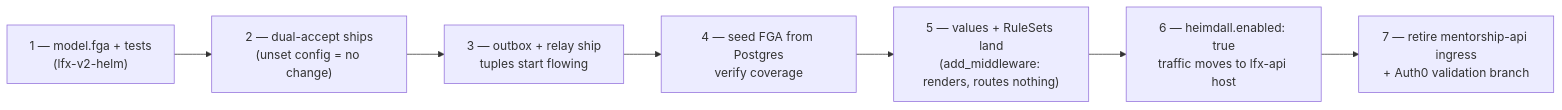
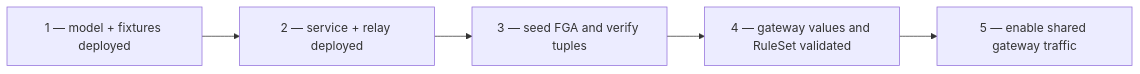
The third of 3 diagrams in docs/rewrite/05-heimdall-gateway.md (linuxfoundation/lfx-mentorship), drawn with Mermaid before and after one commit. The commit also changed other lines of this file and 12 other files, not shown here.

Commit message:
feat: require Heimdall gateway authentication

````diff
--- a/docs/rewrite/05-heimdall-gateway.md
+++ b/docs/rewrite/05-heimdall-gateway.md
@@ -133,9 +135,7 @@
 ```mermaid
 flowchart LR
-    A["1 — model.fga + tests<br/>(lfx-v2-helm)"] --> B["2 — dual-accept ships<br/>(unset config = no change)"]
-    B --> C["3 — outbox + relay ship<br/>tuples start flowing"]
-    C --> D["4 — seed FGA from Postgres<br/>verify coverage"]
-    D --> E["5 — values + RuleSets land<br/>(add_middleware: renders, routes nothing)"]
-    E --> F["6 — heimdall.enabled: true<br/>traffic moves to lfx-api host"]
-    F --> G["7 — retire mentorship-api ingress<br/>+ Auth0 validation branch"]
+    A["1 — model + fixtures deployed"] --> B["2 — service + relay deployed"]
+    B --> C["3 — seed FGA and verify tuples"]
+    C --> D["4 — gateway values and RuleSet validated"]
+    D --> E["5 — enable shared gateway traffic"]
 ```
````
